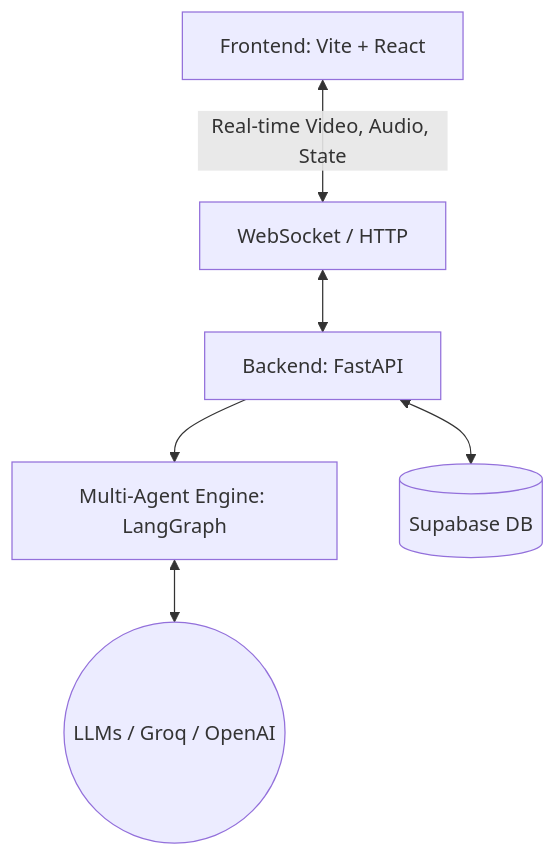
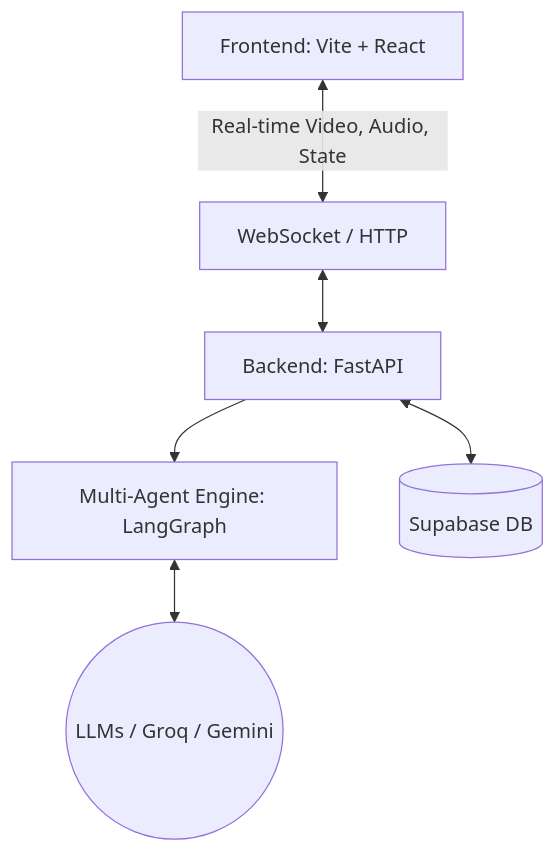
Before and after one commit to kunaljit3006/HirePrep_AI: the first of 2 diagrams in README.md, drawn with Mermaid. The commit also changed other lines of this file, not shown here.

Commit message:
Remove remaining OpenAI references in README

````diff
--- a/README.md
+++ b/README.md
@@ -40,15 +40,15 @@
 ```mermaid
 graph TD
     Client[Frontend: Vite + React]
     WS[WebSocket / HTTP]
     FastAPI[Backend: FastAPI]
     LangGraph[Multi-Agent Engine: LangGraph]
     DB[(Supabase DB)]
-    LLM((LLMs / Groq / OpenAI))
+    LLM((LLMs / Groq / Gemini))
 
     Client <-->|Real-time Video, Audio, State| WS
     WS <--> FastAPI
     FastAPI --> LangGraph
     LangGraph <--> LLM
     FastAPI <--> DB
 ```
````
